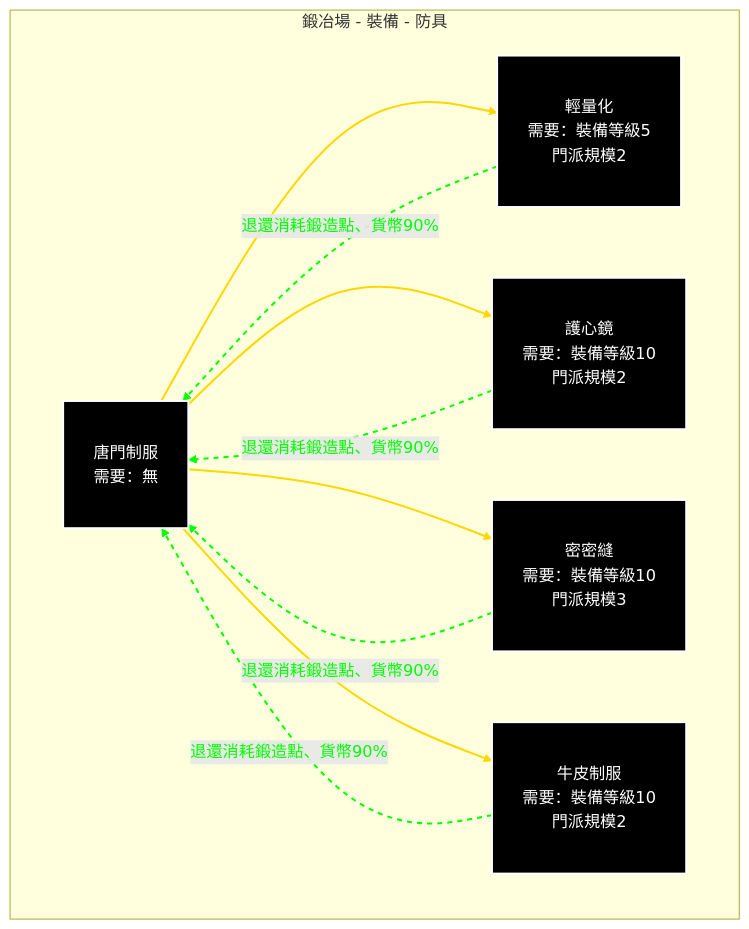
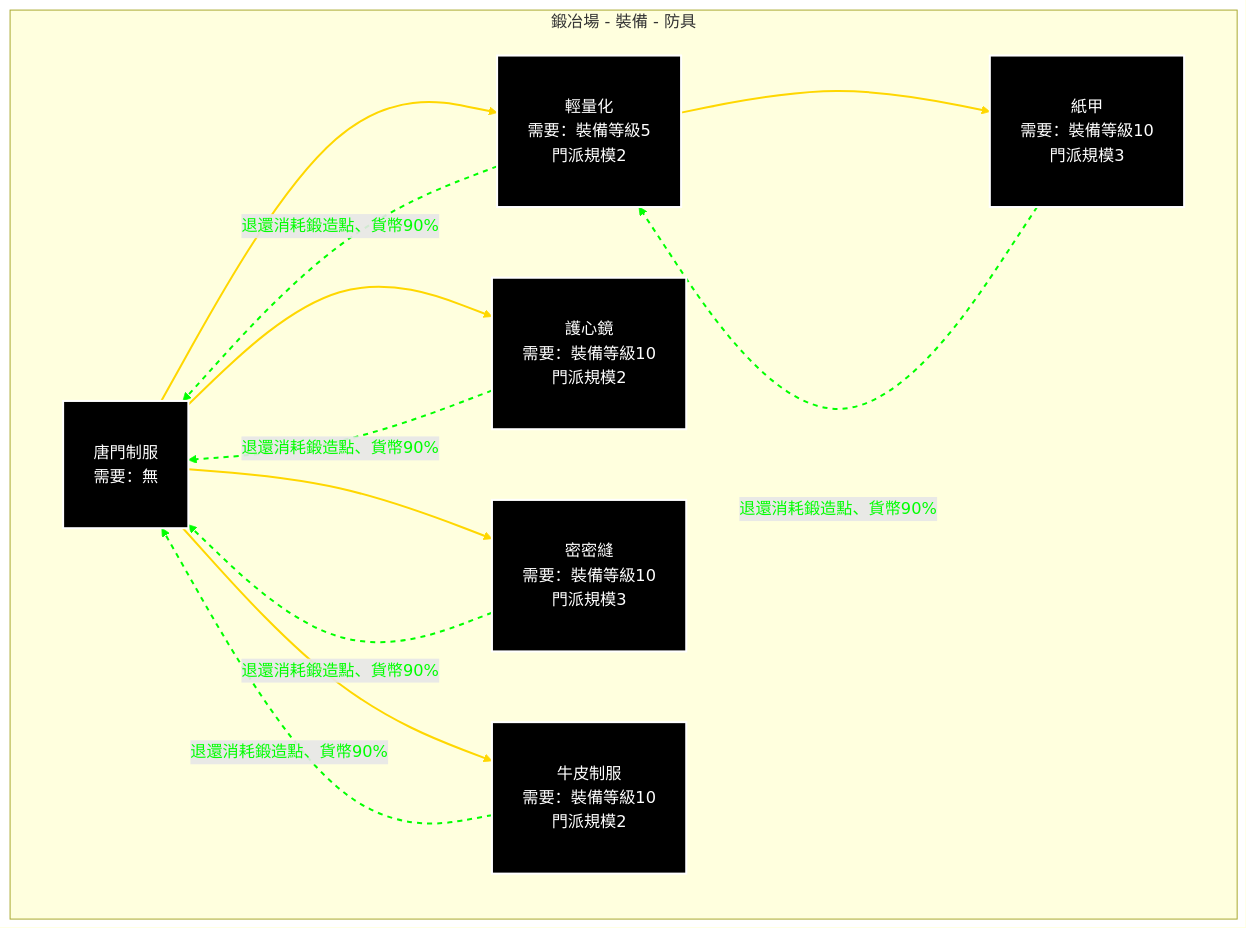
The second of 7 diagrams in docs/system/forge-roadmap.md (Mr-Smilin/LoM-wiki), drawn with Mermaid before and after one commit. The commit also changed other lines of this file and 1 other file, not shown here.

````diff
--- a/docs/system/forge-roadmap.md
+++ b/docs/system/forge-roadmap.md
@@ -69,48 +75,54 @@
 ```mermaid
 %%{init: {
   'flowchart': {
     'nodeSpacing': 70,
     'rankSpacing': 80,
     'theme': 'dark'
   }
 } }%%
 graph TB
   subgraph 鍛冶場 - 裝備 - 防具
     A[唐門制服<br>需要：無]
     B[輕量化<br>需要：裝備等級5<br>門派規模2]
     C[護心鏡<br>需要：裝備等級10<br>門派規模2]
     D[密密縫<br>需要：裝備等級10<br>門派規模3]
     E[牛皮制服<br>需要：裝備等級10<br>門派規模2]
+    F[紙甲<br>需要：裝備等級10<br>門派規模3]
   end
 
   %% 升級箭頭（黃色）+ 文字
   A --> B
   A --> C
   A --> D
   A --> E
+  B --> F
 
   %% 退還箭頭（綠色）+ 文字
   B -.->|<font color='#00FF00'>退還消耗鍛造點、貨幣90%</font>| A
   C -.->|<font color='#00FF00'>退還消耗鍛造點、貨幣90%</font>| A
   D -.->|<font color='#00FF00'>退還消耗鍛造點、貨幣90%</font>| A
   E -.->|<font color='#00FF00'>退還消耗鍛造點、貨幣90%</font>| A
+  F -.->|<font color='#00FF00'>退還消耗鍛造點、貨幣90%</font>| B
   
   %% 自訂箭頭樣式與文字顏色
   linkStyle 0 stroke:#FFD700,stroke-width:2px
   linkStyle 1 stroke:#FFD700,stroke-width:2px
   linkStyle 2 stroke:#FFD700,stroke-width:2px
   linkStyle 3 stroke:#FFD700,stroke-width:2px
-  linkStyle 4 stroke:#00FF00,stroke-width:2px,stroke-dasharray:5,5
+  linkStyle 4 stroke:#FFD700,stroke-width:2px
   linkStyle 5 stroke:#00FF00,stroke-width:2px,stroke-dasharray:5,5
   linkStyle 6 stroke:#00FF00,stroke-width:2px,stroke-dasharray:5,5
   linkStyle 7 stroke:#00FF00,stroke-width:2px,stroke-dasharray:5,5
+  linkStyle 8 stroke:#00FF00,stroke-width:2px,stroke-dasharray:5,5
+  linkStyle 9 stroke:#00FF00,stroke-width:2px,stroke-dasharray:5,5
 
   %% 設定節點樣式
   classDef default padding:15px,margin:10px,fill:#000,color:#FFF
   style A stroke:#FFF,stroke-width:2px,padding:15px,margin:10px,fill:#000,color:#FFF
   style B stroke:#FFF,stroke-width:2px,padding:15px,margin:10px,fill:#000,color:#FFF
   style C stroke:#FFF,stroke-width:2px,padding:15px,margin:10px,fill:#000,color:#FFF
   style D stroke:#FFF,stroke-width:2px,padding:15px,margin:10px,fill:#000,color:#FFF
   style E stroke:#FFF,stroke-width:2px,padding:15px,margin:10px,fill:#000,color:#FFF
+  style F stroke:#FFF,stroke-width:2px,padding:15px,margin:10px,fill:#000,color:#FFF
 
 ```
````
